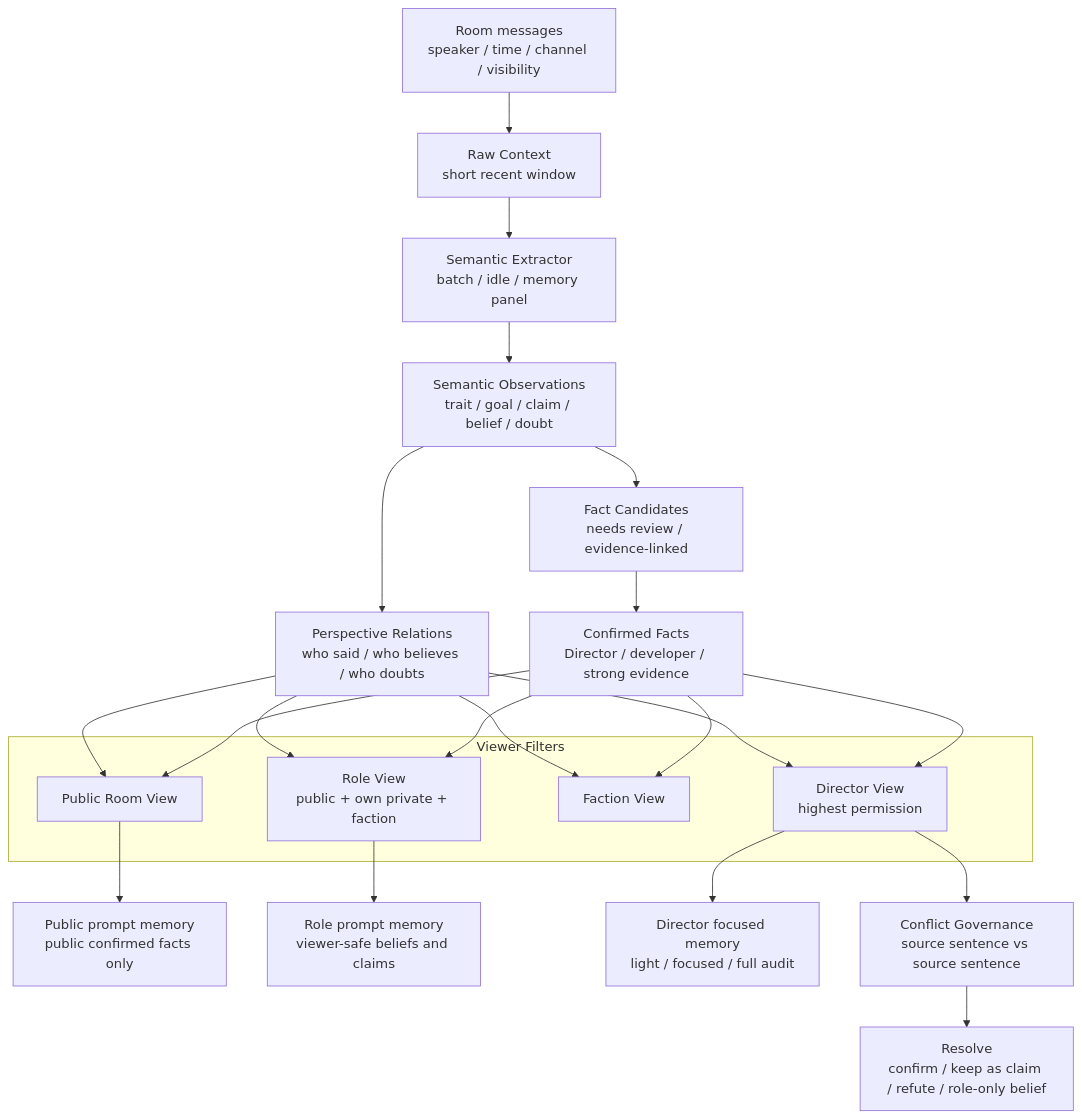
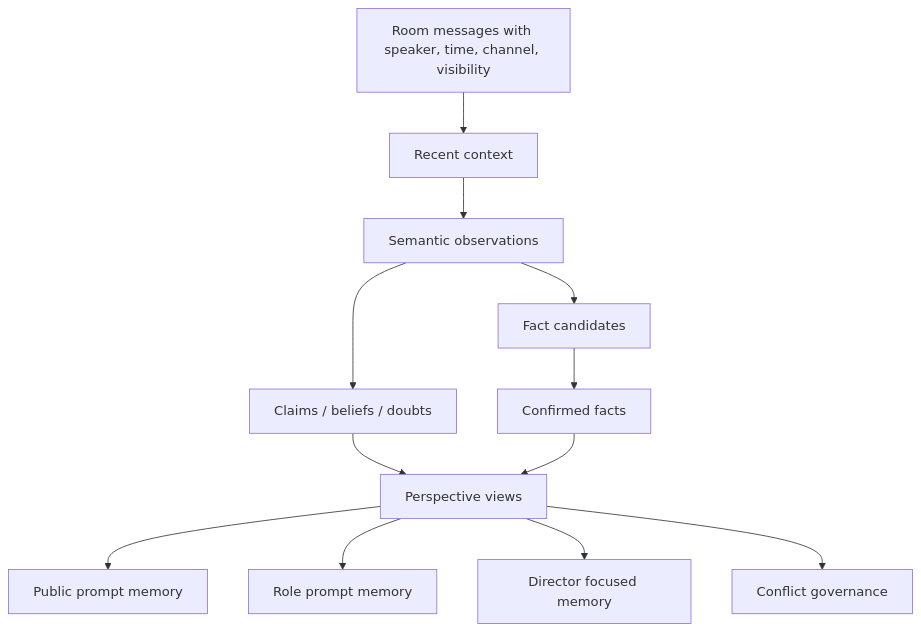
Before and after one commit to 98k4jd2qgt-ship-it/CastRoom-AI: the fourth of 4 diagrams in docs/architecture.md, drawn with Mermaid. The commit also changed other lines of this file and 6 other files, not shown here.

Commit message:
docs: simplify architecture documentation

````diff
--- a/docs/architecture.md
+++ b/docs/architecture.md
@@ -180,33 +70,14 @@
 ```mermaid
 flowchart TD
-  message["Room messages<br/>speaker / time / channel / visibility"] --> context["Raw Context<br/>short recent window"]
-  context --> extractor["Semantic Extractor<br/>batch / idle / memory panel"]
-  extractor --> observations["Semantic Observations<br/>trait / goal / claim / belief / doubt"]
-
-  observations --> candidates["Fact Candidates<br/>needs review / evidence-linked"]
-  observations --> relations["Perspective Relations<br/>who said / who believes / who doubts"]
-  candidates --> facts["Confirmed Facts<br/>Director / developer / strong evidence"]
-
-  subgraph viewers["Viewer Filters"]
-    publicView["Public Room View"]
-    roleView["Role View<br/>public + own private + faction"]
-    factionView["Faction View"]
-    directorView["Director View<br/>highest permission"]
-  end
-
-  relations --> publicView
-  relations --> roleView
-  relations --> factionView
-  relations --> directorView
-  facts --> publicView
-  facts --> roleView
-  facts --> factionView
-  facts --> directorView
-
-  publicView --> publicPrompt["Public prompt memory<br/>public confirmed facts only"]
-  roleView --> rolePrompt["Role prompt memory<br/>viewer-safe beliefs and claims"]
-  directorView --> directorPrompt["Director focused memory<br/>light / focused / full audit"]
-
-  directorView --> conflict["Conflict Governance<br/>source sentence vs source sentence"]
-  conflict --> actions["Resolve<br/>confirm / keep as claim / refute / role-only belief"]
+  messages["Room messages with speaker, time, channel, visibility"] --> context["Recent context"]
+  context --> observations["Semantic observations"]
+  observations --> claims["Claims / beliefs / doubts"]
+  observations --> candidates["Fact candidates"]
+  candidates --> facts["Confirmed facts"]
+  claims --> perspectives["Perspective views"]
+  facts --> perspectives
+  perspectives --> publicPrompt["Public prompt memory"]
+  perspectives --> rolePrompt["Role prompt memory"]
+  perspectives --> directorPrompt["Director focused memory"]
+  perspectives --> conflicts["Conflict governance"]
 ```
````
